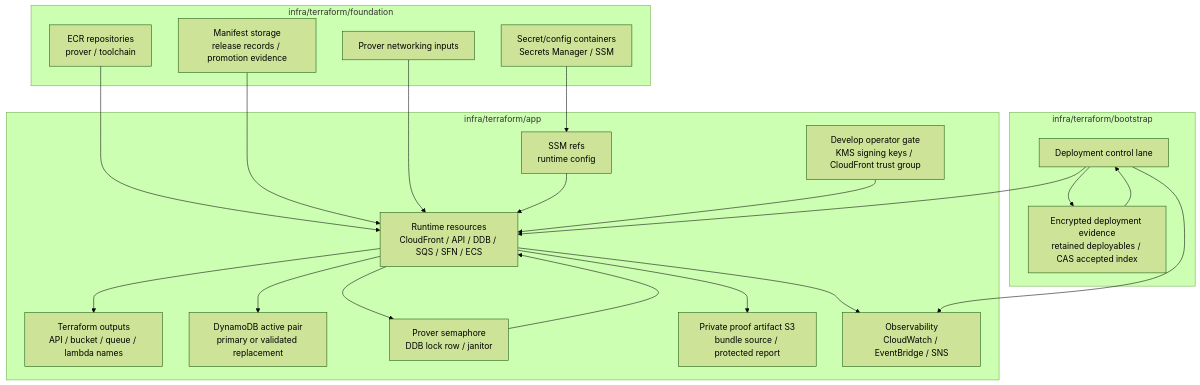
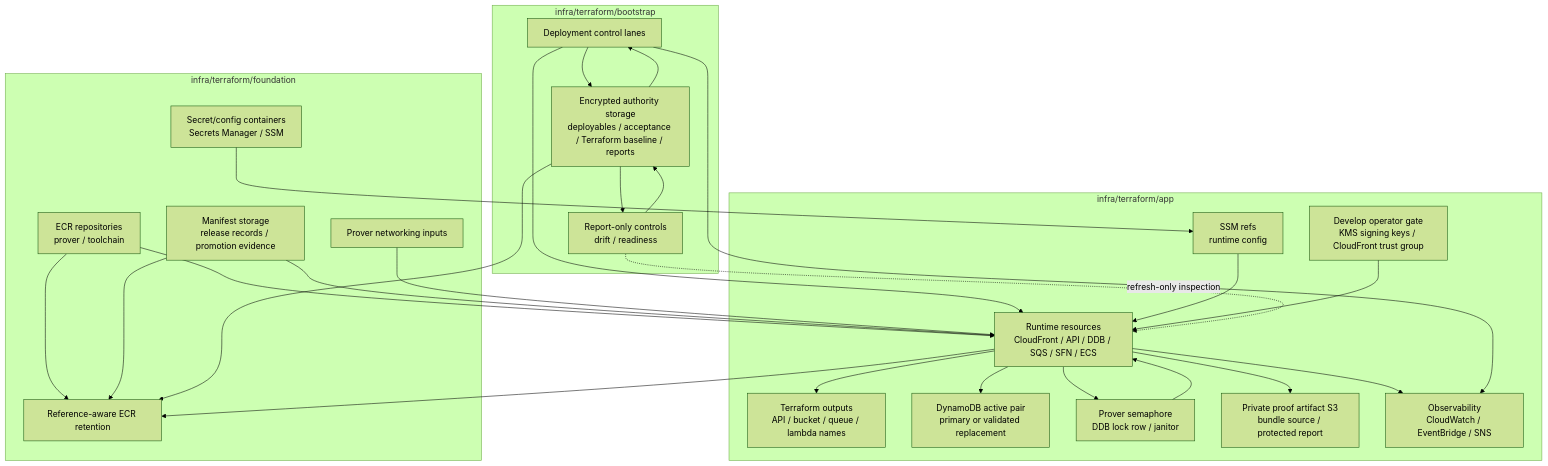
One commit to hwatanabe-jp/stark-ballot-simulator-public changed the diagram in public-book/src/aws/design-and-services.md. Above: the diagram before and after it, drawn with Mermaid (forest theme). The commit also changed other lines of this file and 1001 other files, not shown here.

````diff
--- a/public-book/src/aws/design-and-services.md
+++ b/public-book/src/aws/design-and-services.md
@@ -129,42 +133,51 @@
 ```mermaid
 flowchart TB
   subgraph FOUNDATION["infra/terraform/foundation"]
     ECR["ECR repositories<br/>prover / toolchain"]
     MANIFEST["Manifest storage<br/>release records / promotion evidence"]
     CONFIG["Secret/config containers<br/>Secrets Manager / SSM"]
     NET["Prover networking inputs"]
+    RETENTION["Reference-aware ECR retention"]
   end
 
   subgraph APP["infra/terraform/app"]
     OUT["Terraform outputs<br/>API / bucket / queue / lambda names"]
     PARAM["SSM refs<br/>runtime config"]
     RUNTIME["Runtime resources<br/>CloudFront / API / DDB / SQS / SFN / ECS"]
     GATE["Develop operator gate<br/>KMS signing keys / CloudFront trust group"]
     DATA["DynamoDB active pair<br/>primary or validated replacement"]
     SEM["Prover semaphore<br/>DDB lock row / janitor"]
     ARTIFACTS["Private proof artifact S3<br/>bundle source / protected report"]
     OBS["Observability<br/>CloudWatch / EventBridge / SNS"]
   end
 
   subgraph BOOT["infra/terraform/bootstrap"]
-    CONTROL["Deployment control lane"]
-    ACCEPT["Encrypted deployment evidence<br/>retained deployables / CAS accepted index"]
+    CONTROL["Deployment control lanes"]
+    AUTHORITY["Encrypted authority storage<br/>deployables / acceptance / Terraform baseline / reports"]
+    REPORT["Report-only controls<br/>drift / readiness"]
   end
 
   ECR --> RUNTIME
+  ECR --> RETENTION
   MANIFEST --> RUNTIME
+  MANIFEST --> RETENTION
   CONFIG --> PARAM
   NET --> RUNTIME
   CONTROL --> RUNTIME
-  CONTROL --> ACCEPT
-  ACCEPT --> CONTROL
+  CONTROL --> AUTHORITY
+  AUTHORITY --> CONTROL
+  AUTHORITY --> RETENTION
+  AUTHORITY --> REPORT
+  REPORT --> AUTHORITY
   PARAM --> RUNTIME
   GATE --> RUNTIME
   RUNTIME --> DATA
   RUNTIME --> SEM
   SEM --> RUNTIME
   RUNTIME --> ARTIFACTS
   RUNTIME --> OBS
+  RUNTIME --> RETENTION
+  REPORT -. "refresh-only inspection" .-> RUNTIME
   CONTROL --> OBS
   RUNTIME --> OUT
 ```
````
